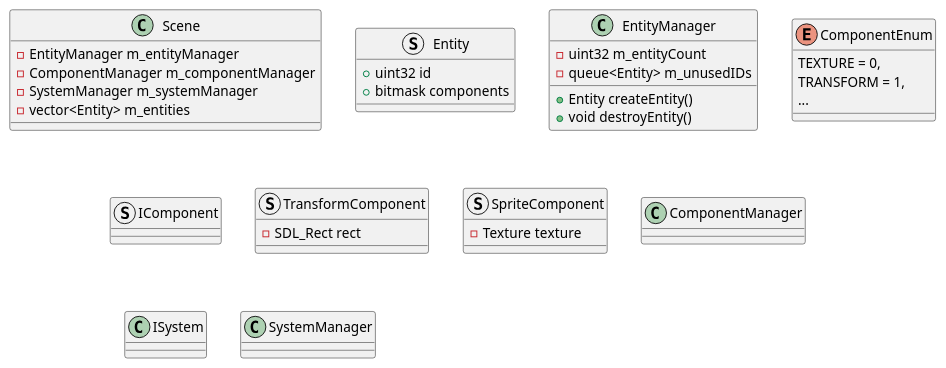
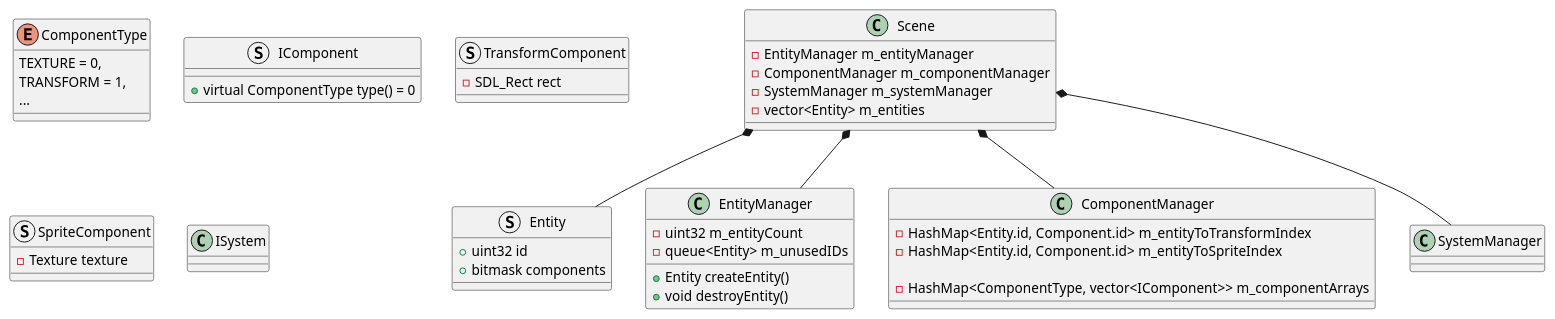
Before and after one commit to sleeepyskies/sle: the diagram in docs/diagrams/ECS.puml, drawn with PlantUML.

Commit message:
diiiiaaagram

```diff
--- a/docs/diagrams/ECS.puml
+++ b/docs/diagrams/ECS.puml
@@ -1,65 +1,81 @@
 @startuml
 'https://plantuml.com/class-diagram
 
 ' ----------------------- SCENE ----------------------
 
 class Scene {
     - EntityManager m_entityManager
     - ComponentManager m_componentManager
     - SystemManager m_systemManager
     - vector<Entity> m_entities
 }
 
+
 ' ----------------------- ENTITY ---------------------
 
 ' An entity is just an id with some components associated with it
 struct Entity {
     + uint32 id
     + bitmask components
 }
+
 
 ' Entity Manager should keep track of valid Entity IDs, and be able to create new
 ' Entity instances.
 class EntityManager {
     - uint32 m_entityCount
     - queue<Entity> m_unusedIDs
 
     + Entity createEntity()
     + void destroyEntity()
 }
 
 ' ----------------------- COMPONENT ------------------
 
-enum ComponentEnum {
+enum ComponentType {
     TEXTURE = 0,
     TRANSFORM = 1,
     ...
 }
 
 ' A component is just a struct of some functionally related data
-struct IComponent
+struct IComponent {
+    + virtual ComponentType type() = 0
+}
 
 ' Just some examples, there will be ofc way more
 struct TransformComponent {
     - SDL_Rect rect
 }
 
 struct SpriteComponent {
     - Texture texture
 }
 
 class ComponentManager {
+    - HashMap<Entity.id, Component.id> m_entityToTransformIndex
+    - HashMap<Entity.id, Component.id> m_entityToSpriteIndex
 
+    - HashMap<ComponentType, vector<IComponent>> m_componentArrays
 }
 
 ' ----------------------- SYSTEM --------------------
 
 ' A system is some piece of logic, that applies to each entity each tick, so long as it
 ' has a specific combination of components associated with it.
 class ISystem
 
 class SystemManager {
 
 }
 
+' ----------------------- RELATIONS -----------------
+
+Scene *-- Entity
+Scene *-- EntityManager
+Scene *-- ComponentManager
+Scene *-- SystemManager
+
+
+
 @enduml
```
